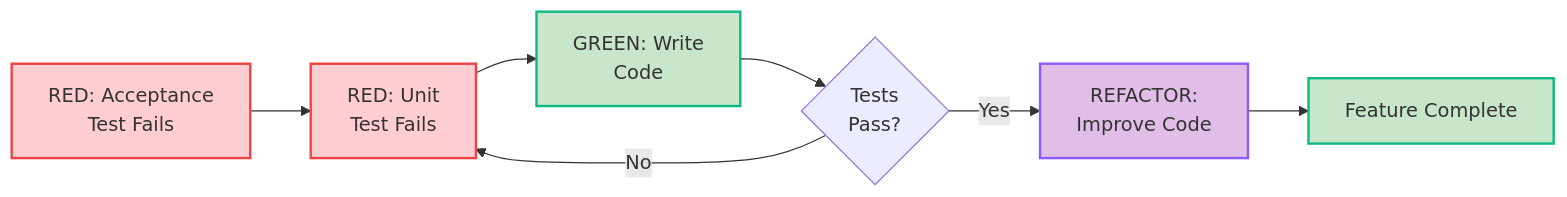
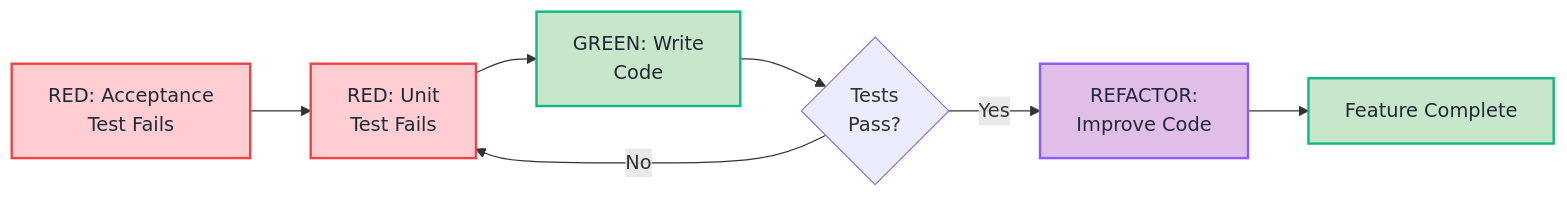
One commit to mailprak/cortex changed the sixth of 6 diagrams in README.md. Above: the diagram before and after it, drawn with Mermaid. The commit also changed other lines of this file and 3 other files, not shown here.

First line of the commit message:
fix(docs): improve Mermaid diagram text visibility with dark color

````diff
--- a/README.md
+++ b/README.md
@@ -391,15 +391,15 @@
 ```mermaid
 flowchart LR
     Red1[RED: Acceptance<br/>Test Fails] --> Red2[RED: Unit<br/>Test Fails]
     Red2 --> Green[GREEN: Write<br/>Code]
     Green --> Pass{Tests<br/>Pass?}
     Pass -->|No| Red2
     Pass -->|Yes| Refactor[REFACTOR:<br/>Improve Code]
     Refactor --> Done[Feature Complete]
 
-    style Red1 fill:#ffcdd2,stroke:#ef4444,stroke-width:2px
-    style Red2 fill:#ffcdd2,stroke:#ef4444,stroke-width:2px
-    style Green fill:#c8e6c9,stroke:#10b981,stroke-width:2px
-    style Refactor fill:#e1bee7,stroke:#8b5cf6,stroke-width:2px
-    style Done fill:#c8e6c9,stroke:#10b981,stroke-width:2px
+    style Red1 fill:#ffcdd2,stroke:#ef4444,stroke-width:2px,color:#1f2937
+    style Red2 fill:#ffcdd2,stroke:#ef4444,stroke-width:2px,color:#1f2937
+    style Green fill:#c8e6c9,stroke:#10b981,stroke-width:2px,color:#1f2937
+    style Refactor fill:#e1bee7,stroke:#8b5cf6,stroke-width:2px,color:#1f2937
+    style Done fill:#c8e6c9,stroke:#10b981,stroke-width:2px,color:#1f2937
 ```
````
